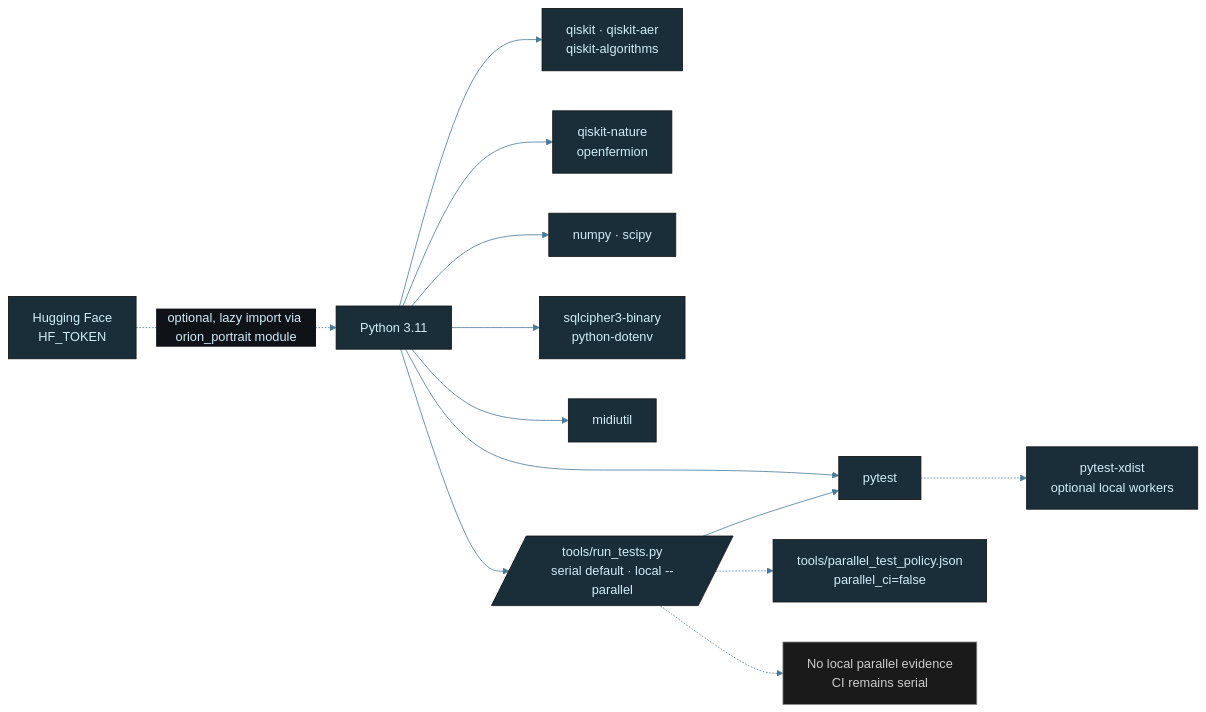
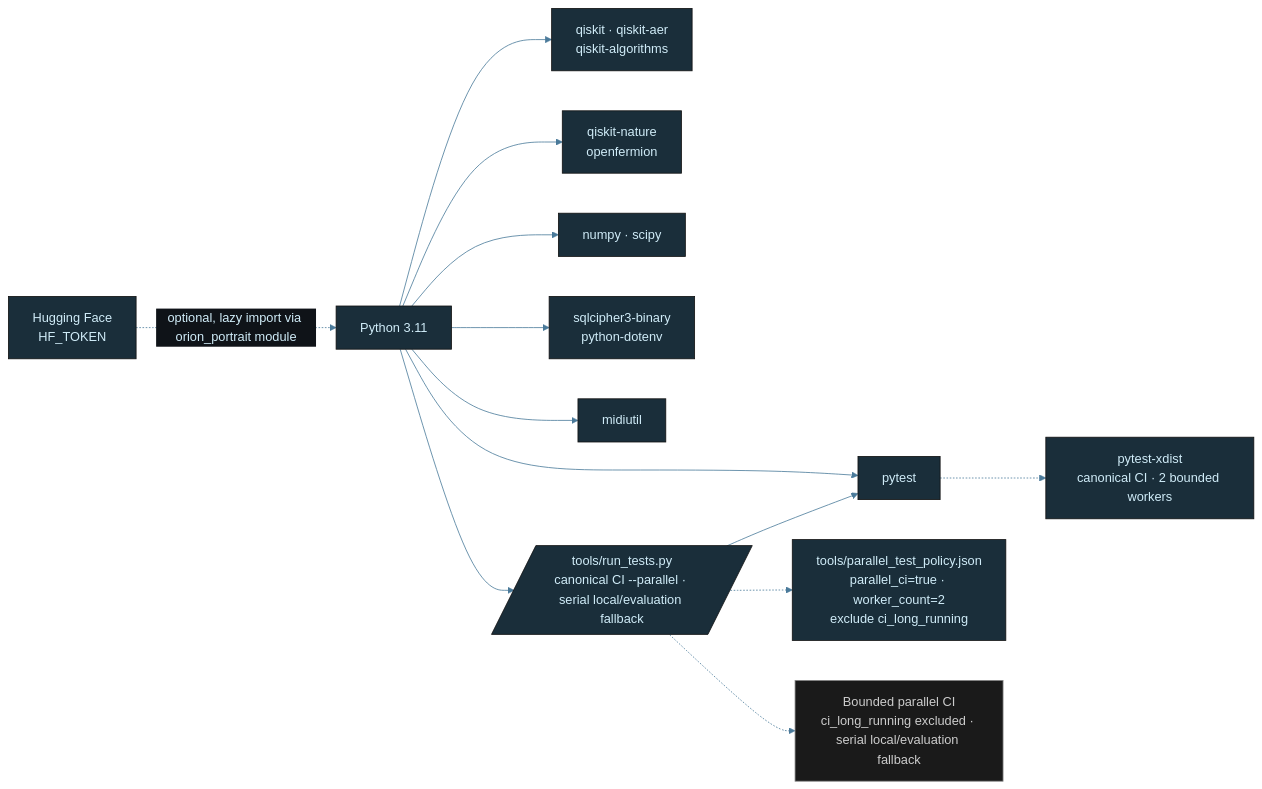
The diagram in diagrams/quantum-tech-stack.mmd (tylerdrakemusic/-Workspace), drawn with Mermaid before and after one commit. The commit also changed 2 other files, not shown here.

Commit message:
docs: repair Quantum and AI-Manifest xdist diagrams

```diff
--- a/diagrams/quantum-tech-stack.mmd
+++ b/diagrams/quantum-tech-stack.mmd
@@ -1,27 +1,27 @@
 %%{init: {'theme': 'base', 'themeVariables': {'primaryColor': '#1a2e3a', 'primaryTextColor': '#d0ecf8', 'edgeLabelBackground': '#0f1318', 'lineColor': '#4a7a9a'}}}%%
 graph LR
     Python[Python 3.11] --> Qiskit[qiskit · qiskit-aer<br/>qiskit-algorithms]
     Python --> Chem[qiskit-nature<br/>openfermion]
     Python --> Numpy[numpy · scipy]
     Python --> SQLCipher[sqlcipher3-binary<br/>python-dotenv]
     Python --> Midi[midiutil]
     Python --> Pytest[pytest]
-    Python --> TestRunner[/tools/run_tests.py<br/>serial default · local --parallel/]
+    Python --> TestRunner[/tools/run_tests.py<br/>canonical CI --parallel · serial local/evaluation fallback/]
     TestRunner --> Pytest
-    TestRunner -.-> TestPolicy[tools/parallel_test_policy.json<br/>parallel_ci=false]
-    Pytest -.-> Xdist[pytest-xdist<br/>optional local workers]
-    TestRunner -.-> ParallelEvidence[No local parallel evidence<br/>CI remains serial]
+    TestRunner -.-> TestPolicy[tools/parallel_test_policy.json<br/>parallel_ci=true · worker_count=2<br/>exclude ci_long_running]
+    Pytest -.-> Xdist[pytest-xdist<br/>canonical CI · 2 bounded workers]
+    TestRunner -.-> ParallelEvidence[Bounded parallel CI<br/>ci_long_running excluded · serial local/evaluation fallback]
     HF[Hugging Face<br/>HF_TOKEN] -.optional, lazy import via orion_portrait module.-> Python
     class Python lang
     class Qiskit,Chem,Numpy,SQLCipher,Pytest,TestRunner,TestPolicy,Xdist,Midi,HF lib
     class ParallelEvidence state
 
 classDef life     fill:#1a2e3a,stroke:#6ab4d4,color:#d0ecf8
 classDef music    fill:#3a1a24,stroke:#d47a8f,color:#f8d0dc
 classDef quantum  fill:#251a3a,stroke:#a07adf,color:#e8d0f8
 classDef manifest fill:#3a2e1a,stroke:#d4a96a,color:#f8ead0
 classDef ws       fill:#1a3a30,stroke:#6ad4b4,color:#d0f8ee
 classDef tyler    fill:#2a1a3a,stroke:#9e4aff,color:#fff
 classDef ext      fill:#3a2020,stroke:#ff7a7a,color:#ffd0d0
 classDef db       fill:#3a3010,stroke:#d4c050,color:#f8f0c0
 classDef state    fill:#1a1a1a,stroke:#888888,color:#cccccc
```
